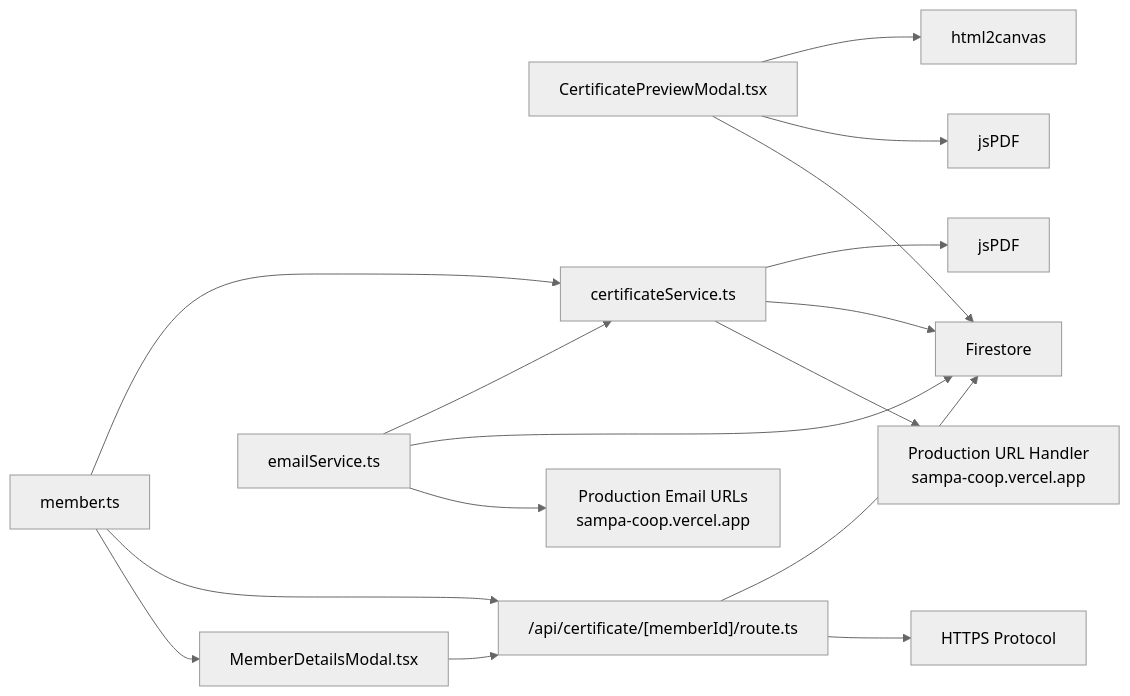
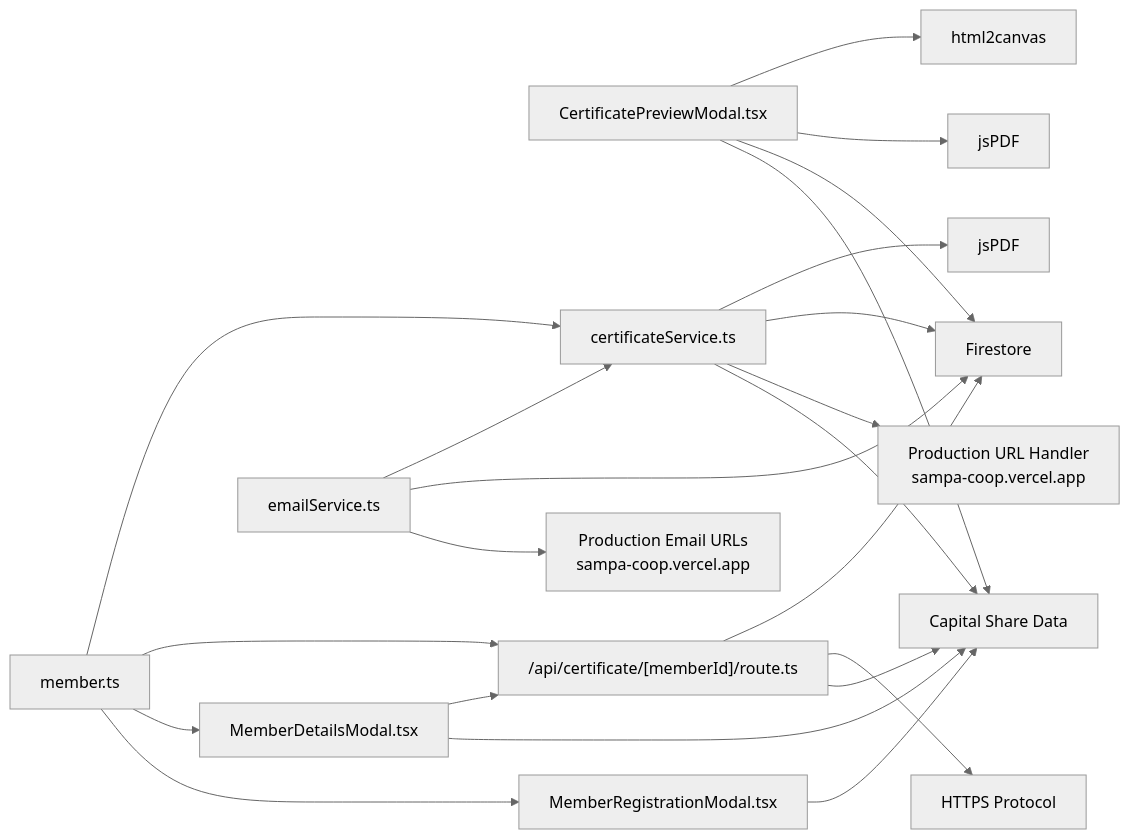
One commit to Unsure-bry/sampacoop_system changed the seventh of 7 diagrams in .qoder/repowiki/en/content/Email & Notification System/Certificate Generation System.md. Above: the diagram before and after it, drawn with Mermaid (neutral theme). The commit also changed other lines of this file and 5 other files, not shown here.

Commit message:
Update for Pending Capital Share Card

````diff
--- a/.qoder/repowiki/en/content/Email & Notification System/Certificate Generation System.md
+++ b/.qoder/repowiki/en/content/Email & Notification System/Certificate Generation System.md
@@ -506,18 +597,24 @@
 ```mermaid
 graph LR
 Preview["CertificatePreviewModal.tsx"] --> HTML2["html2canvas"]
 Preview --> JSPDF["jsPDF"]
 Preview --> FS["Firestore"]
+Preview --> CapitalShare["Capital Share Data"]
 Service["certificateService.ts"] --> JS["jsPDF"]
 Service --> FS
 Service --> ProdURL["Production URL Handler<br/>sampa-coop.vercel.app"]
+Service --> CapitalShare
 API["/api/certificate/[memberId]/route.ts"] --> FS
 API --> HTTPS["HTTPS Protocol"]
+API --> CapitalShare
 MemberDetails["MemberDetailsModal.tsx"] --> API
+MemberDetails --> CapitalShare
+MemberRegistration["MemberRegistrationModal.tsx"] --> CapitalShare
 Email["emailService.ts"] --> Service
 Email --> FS
 Email --> ProdEmail["Production Email URLs<br/>sampa-coop.vercel.app"]
 Types["member.ts"] --> Service
 Types --> API
 Types --> MemberDetails
+Types --> MemberRegistration
 ```
````
